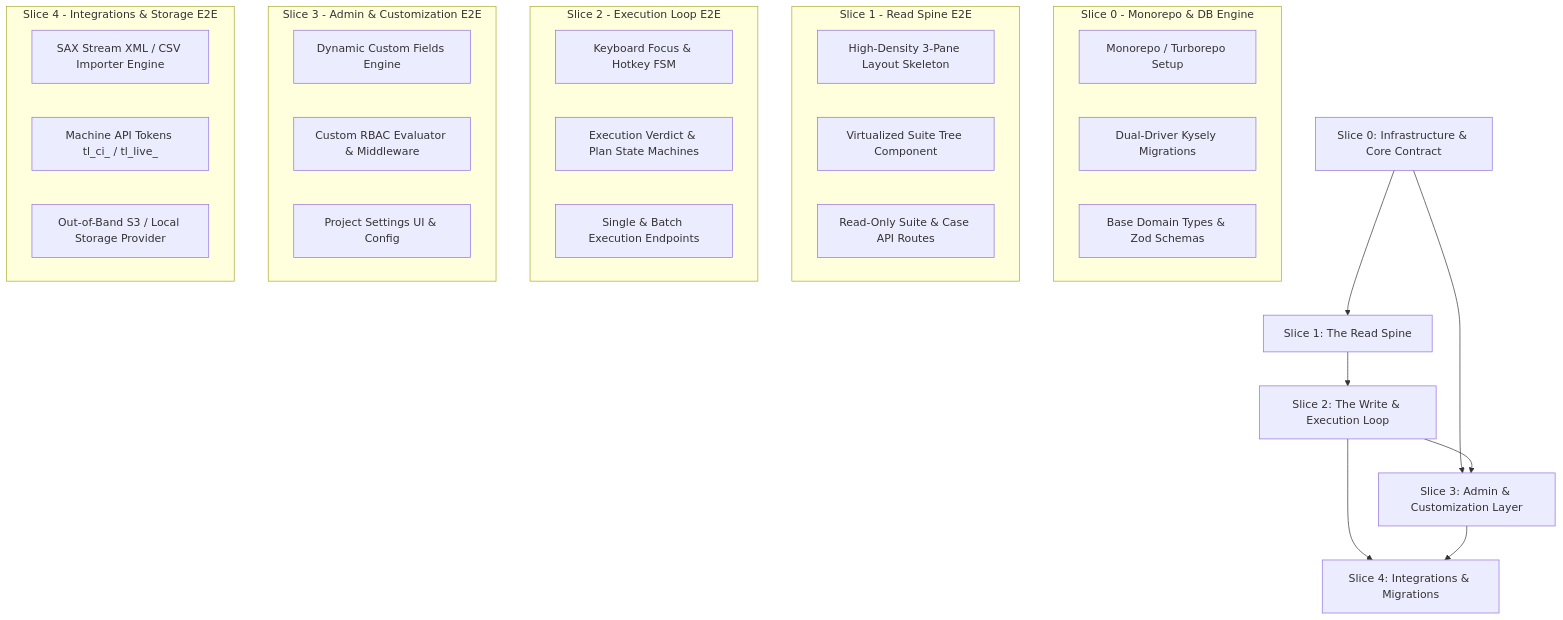
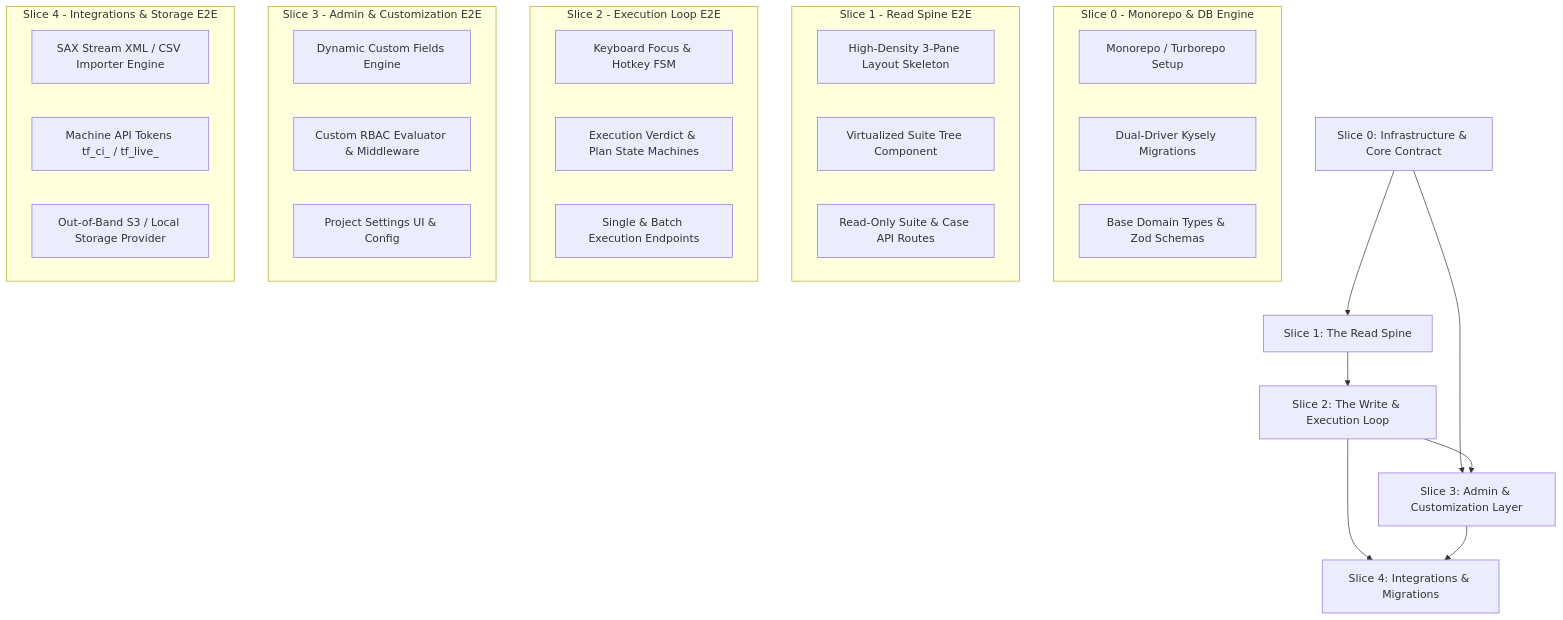
The diagram in docs/01_vertical_slices_roadmap.md (ElliotNewtonMiller/Testify), drawn with Mermaid before and after one commit. The commit also changed other lines of this file and 30 other files, not shown here.

````diff
--- a/docs/01_vertical_slices_roadmap.md
+++ b/docs/01_vertical_slices_roadmap.md
@@ -26,39 +26,39 @@
 ```mermaid
 flowchart TD
     S0[Slice 0: Infrastructure & Core Contract] --> S1[Slice 1: The Read Spine]
     S1 --> S2[Slice 2: The Write & Execution Loop]
     S0 --> S3[Slice 3: Admin & Customization Layer]
     S2 --> S3
     S2 --> S4[Slice 4: Integrations & Migrations]
     S3 --> S4
 
     subgraph SLICE_0 [Slice 0 - Monorepo & DB Engine]
         S0_1[Monorepo / Turborepo Setup]
         S0_2[Dual-Driver Kysely Migrations]
         S0_3[Base Domain Types & Zod Schemas]
     end
 
     subgraph SLICE_1 [Slice 1 - Read Spine E2E]
         S1_1[High-Density 3-Pane Layout Skeleton]
         S1_2[Virtualized Suite Tree Component]
         S1_3[Read-Only Suite & Case API Routes]
     end
 
     subgraph SLICE_2 [Slice 2 - Execution Loop E2E]
         S2_1[Keyboard Focus & Hotkey FSM]
         S2_2[Execution Verdict & Plan State Machines]
         S2_3[Single & Batch Execution Endpoints]
     end
 
     subgraph SLICE_3 [Slice 3 - Admin & Customization E2E]
         S3_1[Dynamic Custom Fields Engine]
         S3_2[Custom RBAC Evaluator & Middleware]
         S3_3[Project Settings UI & Config]
     end
 
     subgraph SLICE_4 [Slice 4 - Integrations & Storage E2E]
         S4_1[SAX Stream XML / CSV Importer Engine]
-        S4_2[Machine API Tokens tl_ci_ / tl_live_]
+        S4_2[Machine API Tokens tf_ci_ / tf_live_]
         S4_3[Out-of-Band S3 / Local Storage Provider]
     end
 ```
````
